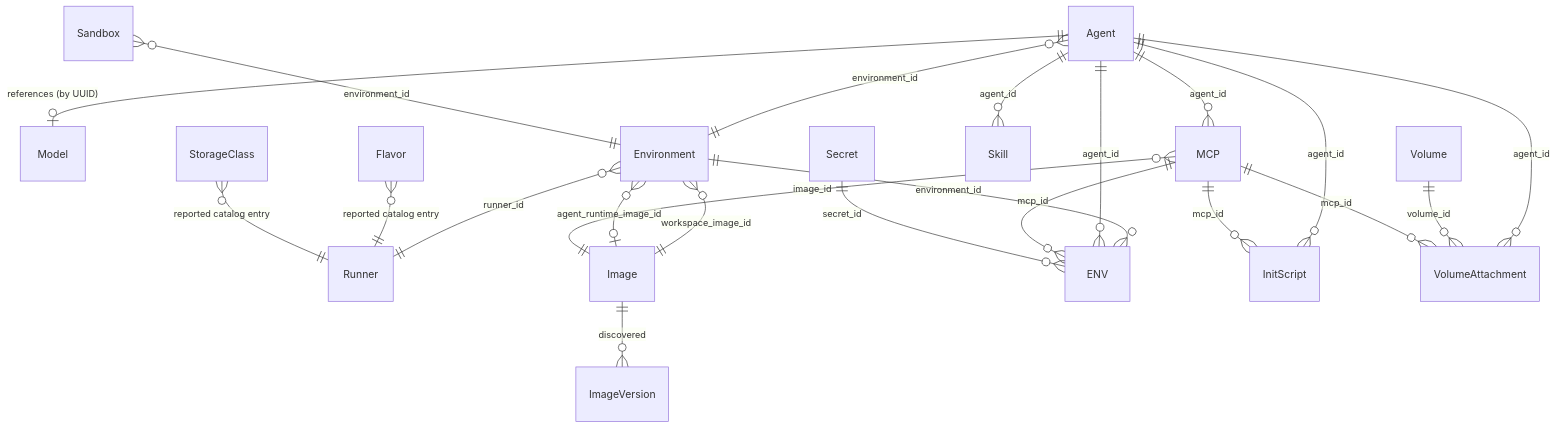
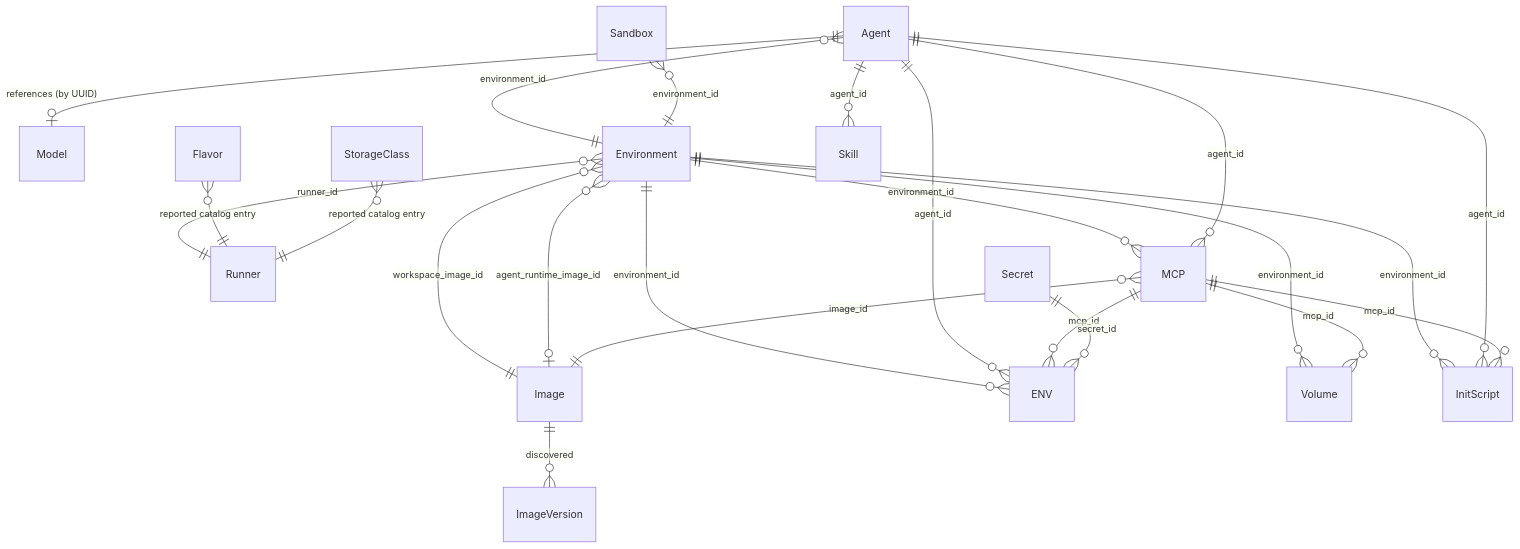
The diagram in architecture/resource-definitions.md (agynio/architecture), drawn with Mermaid before and after one commit. The commit also changed other lines of this file and 18 other files, not shown here.

````diff
--- a/architecture/resource-definitions.md
+++ b/architecture/resource-definitions.md
@@ -22,29 +22,29 @@
 ```mermaid
 erDiagram
     Agent ||--o| Model : "references (by UUID)"
     Agent }o--|| Environment : "environment_id"
     Sandbox }o--|| Environment : "environment_id"
     Environment }o--|| Runner : "runner_id"
     Environment }o--|| Image : "workspace_image_id"
     Environment }o--o| Image : "agent_runtime_image_id"
     MCP }o--|| Image : "image_id"
     Image ||--o{ ImageVersion : "discovered"
     Flavor }o--|| Runner : "reported catalog entry"
     StorageClass }o--|| Runner : "reported catalog entry"
 
     Environment ||--o{ ENV : "environment_id"
+    Environment ||--o{ Volume : "environment_id"
+    Environment ||--o{ MCP : "environment_id"
+    Environment ||--o{ InitScript : "environment_id"
 
     Agent ||--o{ MCP : "agent_id"
     Agent ||--o{ Skill : "agent_id"
     Agent ||--o{ ENV : "agent_id"
     Agent ||--o{ InitScript : "agent_id"
-    Agent ||--o{ VolumeAttachment : "agent_id"
-
-    Volume ||--o{ VolumeAttachment : "volume_id"
 
     MCP ||--o{ ENV : "mcp_id"
     MCP ||--o{ InitScript : "mcp_id"
-    MCP ||--o{ VolumeAttachment : "mcp_id"
+    MCP ||--o{ Volume : "mcp_id"
 
     Secret ||--o{ ENV : "secret_id"
 ```
````
